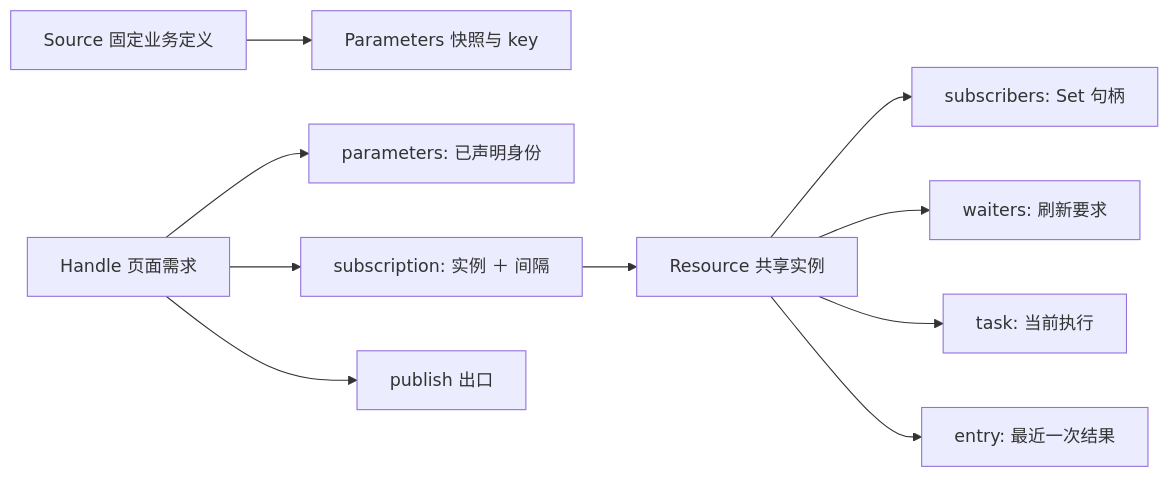
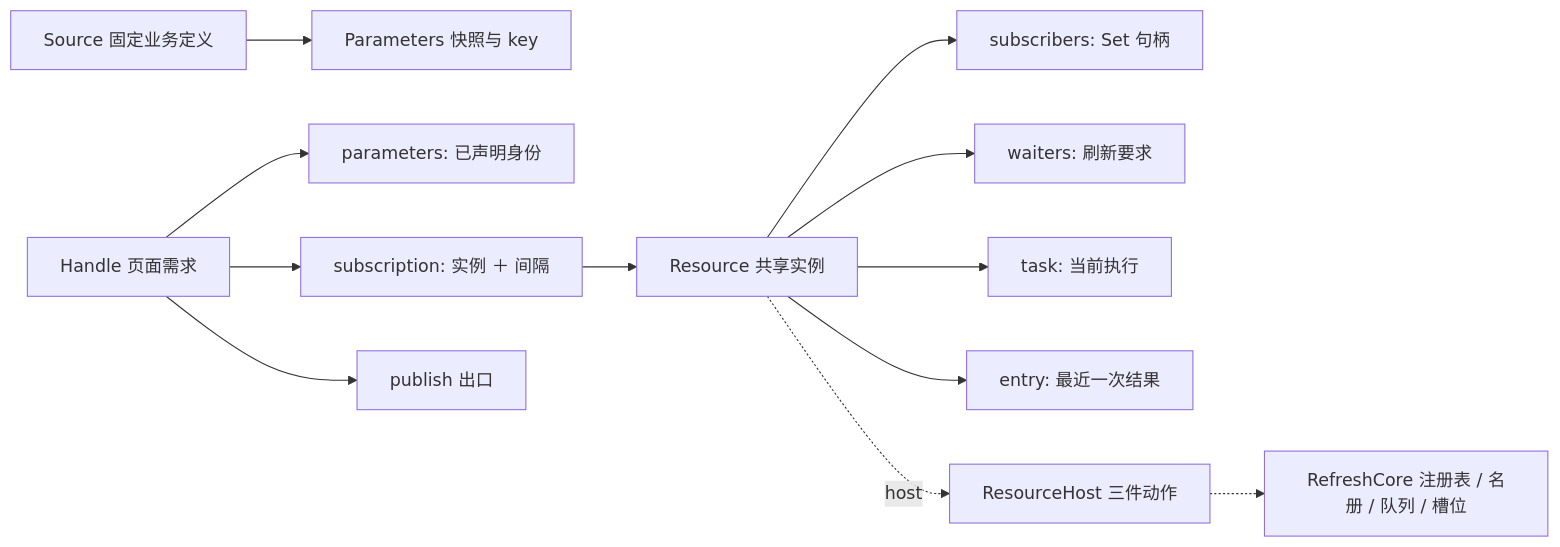
One commit to anjing0524/vue-refresh changed the diagram in DESIGN.md. Above: the diagram before and after it, drawn with Mermaid. The commit also changed other lines of this file and 4 other files, not shown here.

````diff
--- a/DESIGN.md
+++ b/DESIGN.md
@@ -69,12 +78,14 @@
 ```mermaid
 flowchart LR
   Source[Source 固定业务定义] --> Parameters[Parameters 快照与 key]
   Handle[Handle 页面需求] --> Params[parameters: 已声明身份]
   Handle --> Sub[subscription: 实例 ＋ 间隔]
   Handle --> Pub[publish 出口]
   Sub --> Resource[Resource 共享实例]
   Resource --> Subs[subscribers: Set 句柄]
   Resource --> Waiters[waiters: 刷新要求]
   Resource --> Task[task: 当前执行]
   Resource --> Entry[entry: 最近一次结果]
+  Resource -. host .-> Host[ResourceHost 三件动作]
+  Host -.-> Core[RefreshCore 注册表 / 名册 / 队列 / 槽位]
 ```
````
